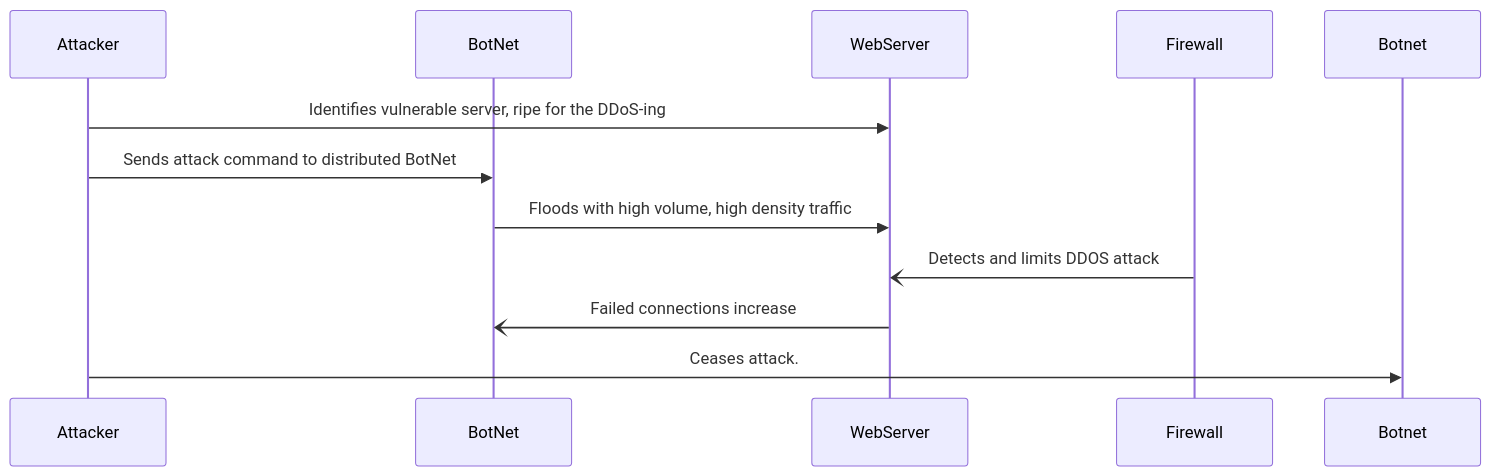
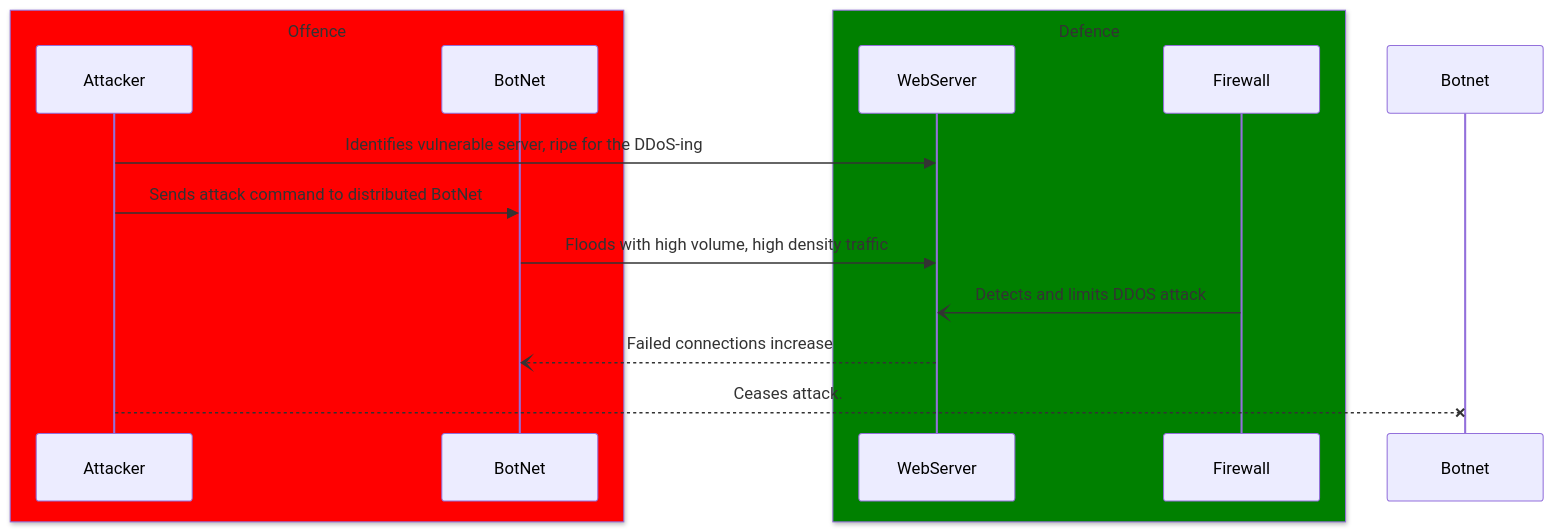
Before and after one commit to PGraggWaketech/DDoS-Mermaid-Project-PaytonG: the diagram in DDoS_Attack_Sequence.md, drawn with Mermaid.

Commit message:
Update DDoS_Attack_Sequence to improve legibility

````diff
--- a/DDoS_Attack_Sequence.md
+++ b/DDoS_Attack_Sequence.md
@@ -1,14 +1,18 @@
 ```mermaid
 sequenceDiagram
+box Red Offence
 participant Attacker
 participant BotNet
+end
+Box Green Defence
 participant WebServer
 participant Firewall
+end
 
 Attacker->>WebServer: Identifies vulnerable server, ripe for the DDoS-ing
 Attacker->>BotNet: Sends attack command to distributed BotNet
 BotNet->>WebServer: Floods with high volume, high density traffic
 Firewall-)WebServer: Detects and limits DDOS attack
-WebServer-)BotNet: Failed connections increase
-Attacker->>Botnet: Ceases attack.
+WebServer--)BotNet: Failed connections increase
+Attacker--xBotnet: Ceases attack.
 ```
````
